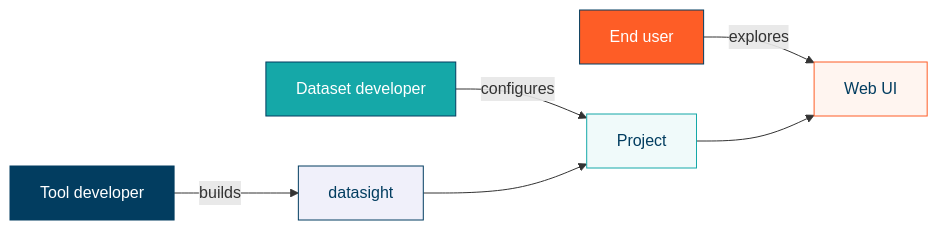
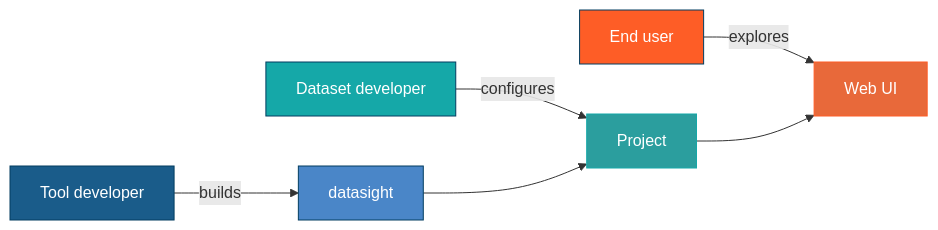
One commit to dsgrid/datasight changed the diagram in docs/concepts/users-and-roles.md. Above: the diagram before and after it, drawn with Mermaid. The commit also changed 9 other files, not shown here.

````diff
--- a/docs/concepts/users-and-roles.md
+++ b/docs/concepts/users-and-roles.md
@@ -6,15 +6,15 @@
 ```mermaid
 flowchart LR
     TD[Tool developer] -->|builds| DS[datasight]
     DD[Dataset developer] -->|configures| PROJ[Project]
     EU[End user] -->|explores| WEB[Web UI]
     DS --> PROJ
     PROJ --> WEB
 
-    style TD fill:#023d60,stroke:#023d60,color:#fff
+    style TD fill:#1a5c8a,stroke:#023d60,color:#fff
     style DD fill:#15a8a8,stroke:#023d60,color:#fff
     style EU fill:#fe5d26,stroke:#023d60,color:#fff
-    style DS fill:#f0f0fa,stroke:#023d60,color:#023d60
-    style PROJ fill:#f0fafa,stroke:#15a8a8,color:#023d60
-    style WEB fill:#fff5f0,stroke:#fe5d26,color:#023d60
+    style DS fill:#4a86c8,stroke:#023d60,color:#fff
+    style PROJ fill:#2b9e9e,stroke:#15a8a8,color:#fff
+    style WEB fill:#e8693a,stroke:#fe5d26,color:#fff
 ```
````
